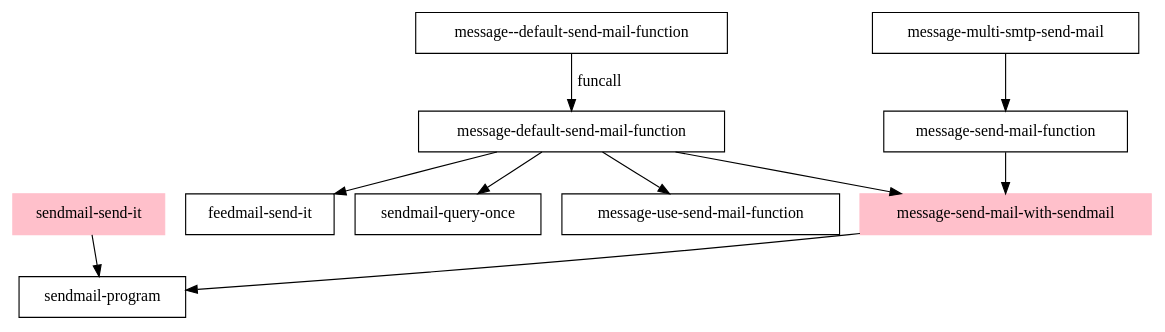
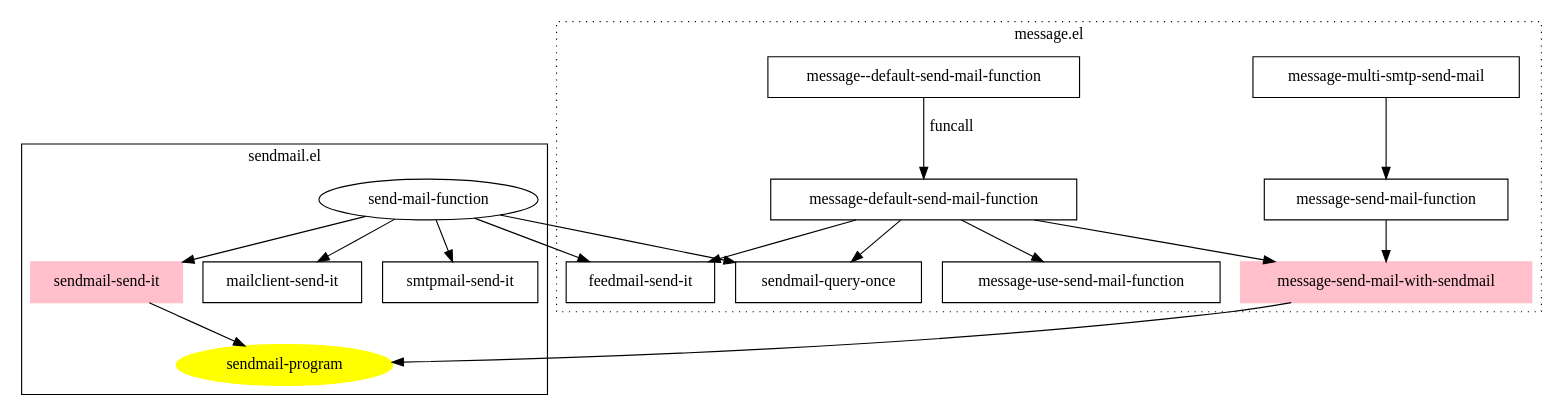
The third of 3 diagrams in emacs/README.org (vidbina/dotfiles), drawn with Graphviz before and after one commit. The commit also changed other lines of this file and 2 other files, not shown here.

Commit message:
doc: rewrite Emacs mail config for readability

```diff
--- a/emacs/README.org
+++ b/emacs/README.org
@@ -2882,36 +2866,48 @@
 #+begin_src dot :file images/sendmail-func-callgraph.png :exports results
 digraph A {
+node [shape=box];
+feedmailsendit [label="feedmail-send-it"];
+mailclientsendit [label="mailclient-send-it"];
+smtpmailsendit [label="smtpmail-send-it"];
+
+subgraph cluster_message {
+  node [shape=box];
+  messagesendmailwithsendmail [label="message-send-mail-with-sendmail", style=filled, color=pink];
+  hmdefsendmailfn [label="message--default-send-mail-function"];
+  messagedefaultsendmailfunction [label="message-default-send-mail-function"];
+  messagemultismtpsendmail [label="message-multi-smtp-send-mail"];
+
+  messageusesendmailfunction [label="message-use-send-mail-function"];
+  messagesendmailfunction [label="message-send-mail-function"];
+
+  hmdefsendmailfn -> messagedefaultsendmailfunction [label="funcall"];
+  messagedefaultsendmailfunction -> feedmailsendit;
+  messagedefaultsendmailfunction -> sendmailqueryonce;
+  messagedefaultsendmailfunction -> messagesendmailwithsendmail;
+  messagedefaultsendmailfunction -> messageusesendmailfunction;
+  messagesendmailfunction -> messagesendmailwithsendmail;
+  messagemultismtpsendmail -> messagesendmailfunction;
+  label="message.el";
+  style=dotted;
+}
+
+subgraph cluster_sendmail {
   node [shape=box];
 
-  subgraph message {
-    msendwsendmail [label="message-send-mail-with-sendmail", style=filled, color=pink];
-    hmdefsendmailfn [label="message--default-send-mail-function"];
-    messagedefaultsendmailfunction [label="message-default-send-mail-function"];
-    messagemultismtpsendmail [label="message-multi-smtp-send-mail"];
+  sendmailsendit [label="sendmail-send-it", style=filled, color=pink];
+  feedmailsendit [label="feedmail-send-it"];
+  sendmailfunction [label="send-mail-function",shape=oval];
+  sendmailqueryonce [label="sendmail-query-once"];
+  sendmailprogram [label="sendmail-program",shape=oval,style=filled,color=yellow];
 
-    feedmailsendit [label="feedmail-send-it"];
-    sendmailqueryonce [label="sendmail-query-once"];
-    messageusesendmailfunction [label="message-use-send-mail-function"];
-    messagesendmailfunction [label="message-send-mail-function"];
-
-    hmdefsendmailfn -> messagedefaultsendmailfunction [label="funcall"];
-    messagedefaultsendmailfunction -> feedmailsendit;
-    messagedefaultsendmailfunction -> sendmailqueryonce;
-    messagedefaultsendmailfunction -> msendwsendmail;
-    messagedefaultsendmailfunction -> messageusesendmailfunction;
-    messagesendmailfunction -> msendwsendmail;
-    messagemultismtpsendmail -> messagesendmailfunction;
-    label="messsage.el";
-  }
-
-  subgraph sendmail {
-    style=filled;
-    color=lightgrey;
-    sendmailsendit [label="sendmail-send-it", style=filled, color=pink];
-    sendmailprogram [label="sendmail-program"];
-    sendmailsendit -> sendmailprogram;
-    msendwsendmail -> sendmailprogram;
-    label="sendmail.el";
-  }
+  sendmailfunction -> sendmailsendit;
+  sendmailfunction -> sendmailqueryonce;
+  sendmailfunction -> smtpmailsendit;
+  sendmailfunction -> feedmailsendit;
+  sendmailfunction -> mailclientsendit;
+  sendmailsendit -> sendmailprogram;
+  messagesendmailwithsendmail -> sendmailprogram;
+  label="sendmail.el";
+}
 }
 #+end_src
```
